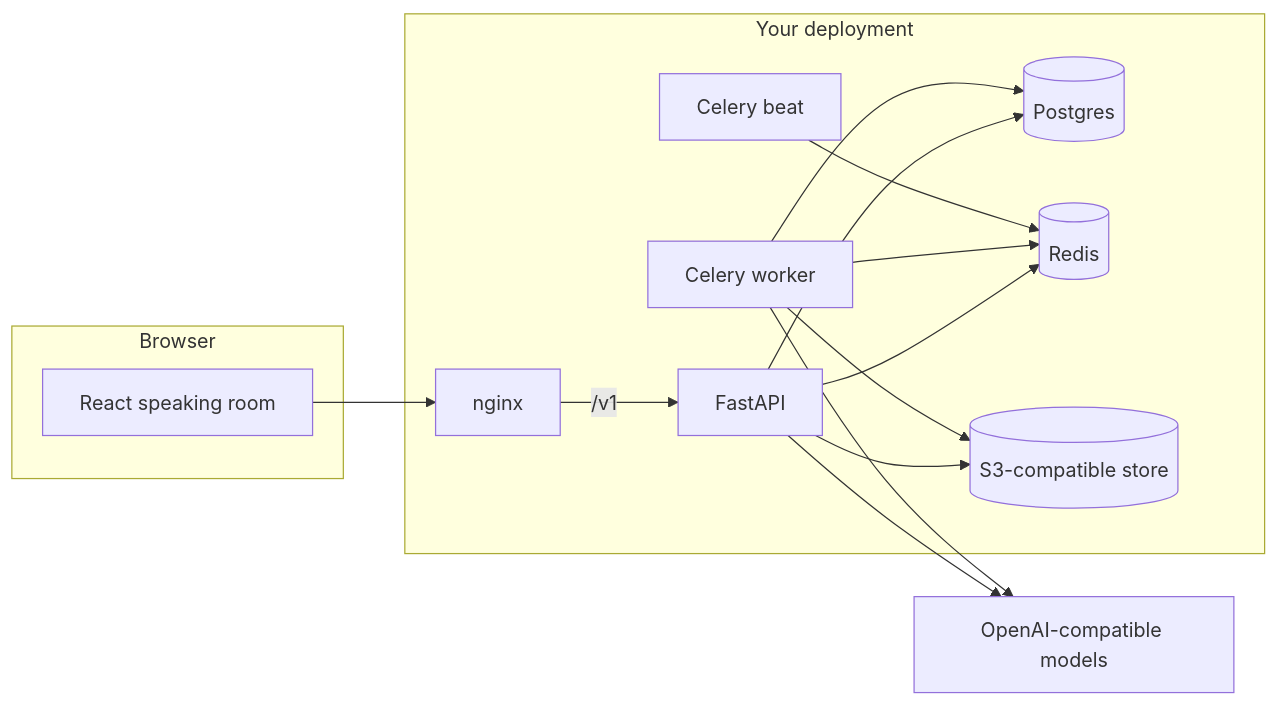
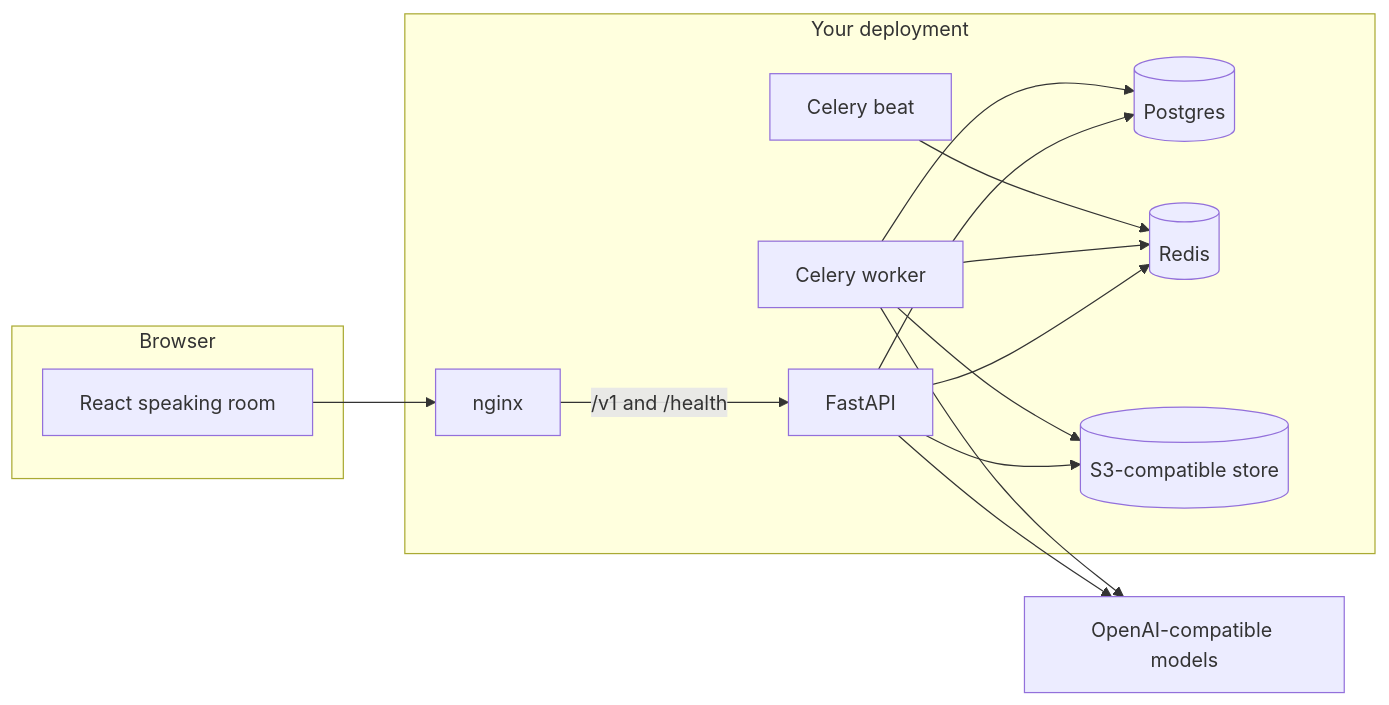
One commit to AbdulSami455/IELTS_SPEAKING changed the second of 4 diagrams in README.md. Above: the diagram before and after it, drawn with Mermaid. The commit also changed other lines of this file, not shown here.

Commit message:
Enhance README with detailed project description, features, and architecture overview. Add badges for Python, Node, FastAPI, and React versions. Improve formatting and structure for clarity.

````diff
--- a/README.md
+++ b/README.md
@@ -14,27 +115,27 @@
 ```mermaid
 flowchart LR
   subgraph browser [Browser]
     UI[React speaking room]
   end
   subgraph runtime [Your deployment]
     Web[nginx]
     API[FastAPI]
     Worker[Celery worker]
     Beat[Celery beat]
     PG[(Postgres)]
     RD[(Redis)]
     S3[(S3-compatible store)]
   end
   LLM[OpenAI-compatible models]
   UI --> Web
-  Web -->|/v1| API
+  Web -->|/v1 and /health| API
   API --> PG
   API --> RD
   API --> S3
   API --> LLM
   Worker --> PG
   Worker --> RD
   Worker --> S3
   Worker --> LLM
   Beat --> RD
 ```
````
